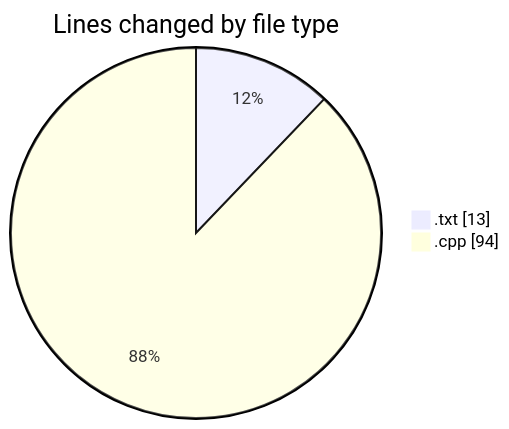
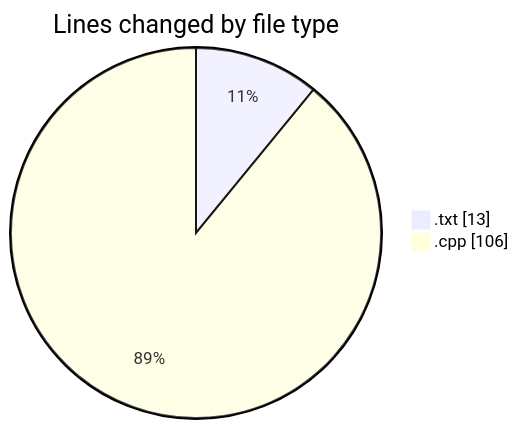
The first of 2 diagrams in 2025-04-26/date/README.md (Netris89/code-tracking), drawn with Mermaid before and after one commit. The commit also changed other lines of this file and 1 other file, not shown here.

````diff
--- a/2025-04-26/date/README.md
+++ b/2025-04-26/date/README.md
@@ -21,6 +21,6 @@
 ```mermaid
 pie showData
 title Lines changed by file type
 ".txt" : 13
-".cpp" : 94
+".cpp" : 106
 ```
````
